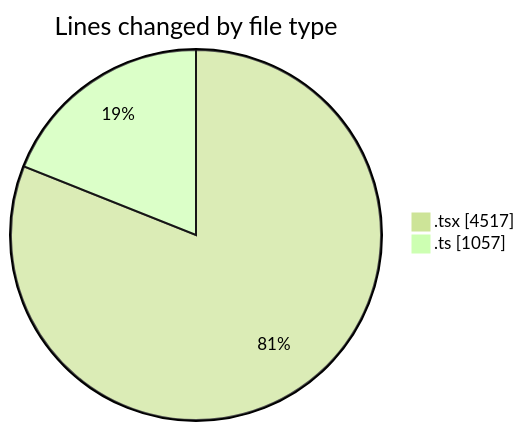
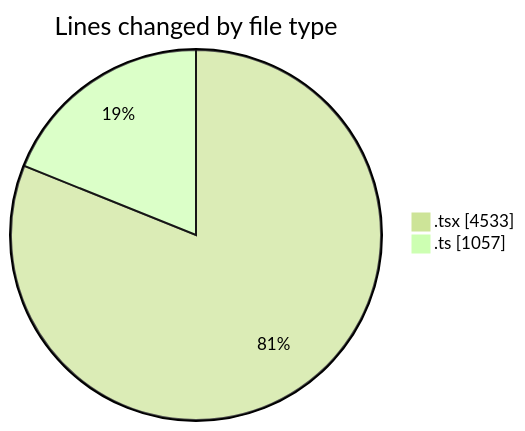
The first of 2 diagrams in 2025-07-02/cda/README.md (momahboobian/code-tracking), drawn with Mermaid (forest theme) before and after one commit. The commit also changed other lines of this file and 1 other file, not shown here.

````diff
--- a/2025-07-02/cda/README.md
+++ b/2025-07-02/cda/README.md
@@ -32,6 +32,6 @@
 ```mermaid
 pie showData
 title Lines changed by file type
-".tsx" : 4517
+".tsx" : 4533
 ".ts" : 1057
 ```
````
